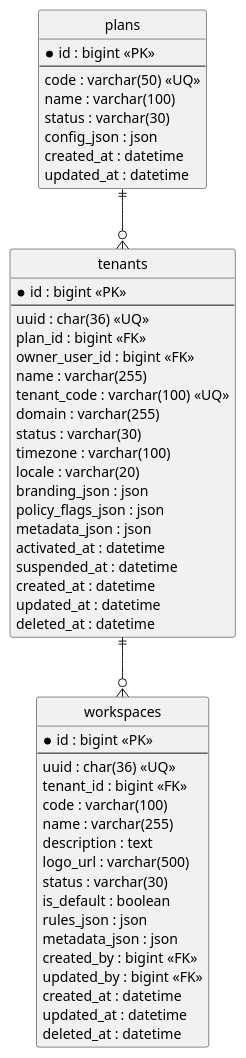
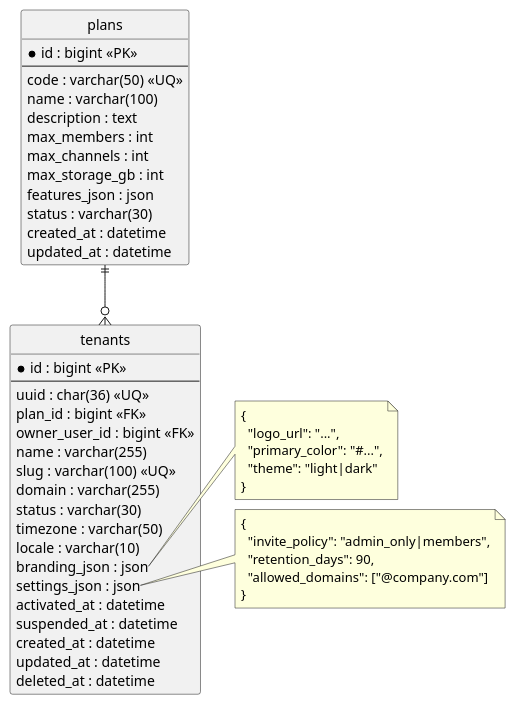
Before and after one commit to NFMU/app-design: the diagram in phase1/database/02_tenant_foundation.puml, drawn with PlantUML. The commit also changed 9 other files, not shown here.

First line of the commit message:
Refactor database schema for simplified design and improved consistency

```diff
--- a/phase1/database/02_tenant_foundation.puml
+++ b/phase1/database/02_tenant_foundation.puml
@@ -1,60 +1,58 @@
 @startuml
 hide circle
 skinparam linetype ortho
 
 entity plans {
   * id : bigint <<PK>>
   --
   code : varchar(50) <<UQ>>
   name : varchar(100)
+  description : text
+  max_members : int
+  max_channels : int
+  max_storage_gb : int
+  features_json : json
   status : varchar(30)
-  config_json : json
   created_at : datetime
   updated_at : datetime
 }
 
 entity tenants {
   * id : bigint <<PK>>
   --
   uuid : char(36) <<UQ>>
   plan_id : bigint <<FK>>
   owner_user_id : bigint <<FK>>
   name : varchar(255)
-  tenant_code : varchar(100) <<UQ>>
+  slug : varchar(100) <<UQ>>
   domain : varchar(255)
   status : varchar(30)
-  timezone : varchar(100)
-  locale : varchar(20)
+  timezone : varchar(50)
+  locale : varchar(10)
   branding_json : json
-  policy_flags_json : json
-  metadata_json : json
+  settings_json : json
   activated_at : datetime
   suspended_at : datetime
   created_at : datetime
   updated_at : datetime
   deleted_at : datetime
 }
 
-entity workspaces {
-  * id : bigint <<PK>>
-  --
-  uuid : char(36) <<UQ>>
-  tenant_id : bigint <<FK>>
-  code : varchar(100)
-  name : varchar(255)
-  description : text
-  logo_url : varchar(500)
-  status : varchar(30)
-  is_default : boolean
-  rules_json : json
-  metadata_json : json
-  created_by : bigint <<FK>>
-  updated_by : bigint <<FK>>
-  created_at : datetime
-  updated_at : datetime
-  deleted_at : datetime
-}
+note right of tenants::branding_json
+  {
+    "logo_url": "...",
+    "primary_color": "#...",
+    "theme": "light|dark"
+  }
+end note
+
+note right of tenants::settings_json
+  {
+    "invite_policy": "admin_only|members",
+    "retention_days": 90,
+    "allowed_domains": ["@company.com"]
+  }
+end note
 
 plans ||--o{ tenants
-tenants ||--o{ workspaces
 @enduml
```
